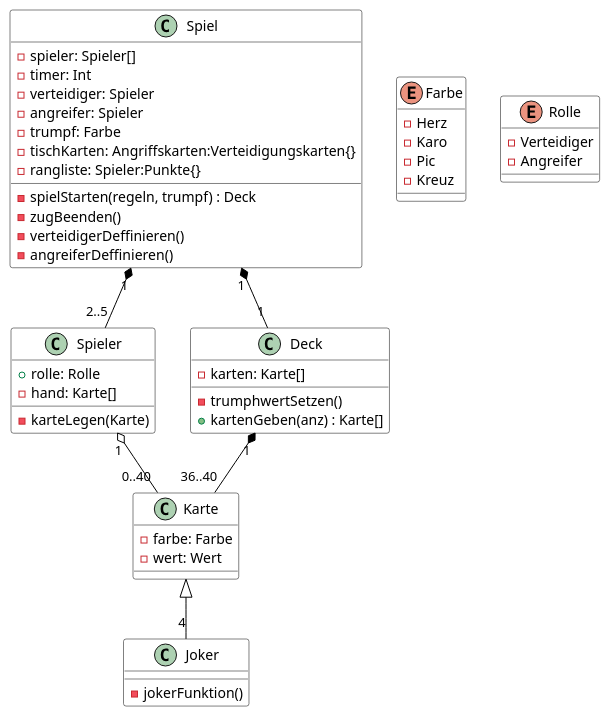
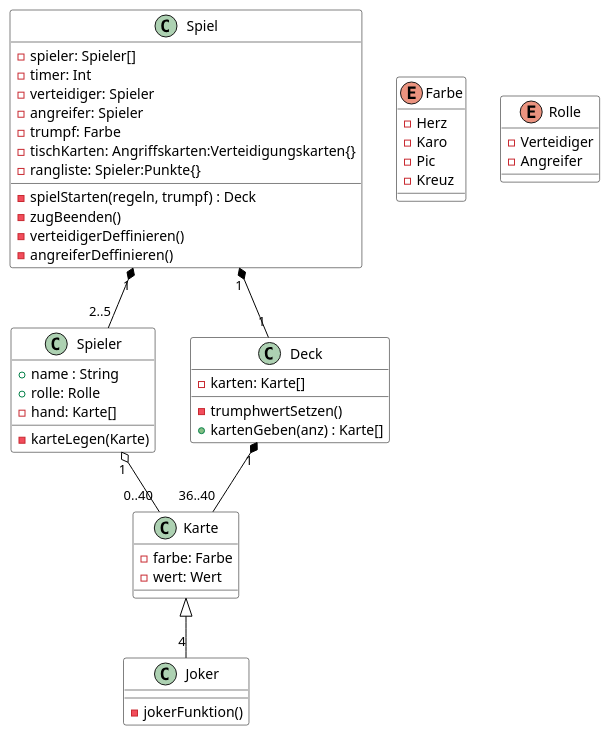
The diagram in Klassendiagramm/Klassendiagramm_Spiel.puml (DerLurchi/Durak), drawn with PlantUML before and after one commit. The commit also changed 1 other file, not shown here.

Commit message:
spieler name hinzugefuegt

```diff
--- a/Klassendiagramm/Klassendiagramm_Spiel.puml
+++ b/Klassendiagramm/Klassendiagramm_Spiel.puml
@@ -1,75 +1,76 @@
-@startuml Durak Lobby
+@startuml Durak Spiel
 
 skinparam{
     ClassBackgroundColor white
     ClassBorderColor black
 
     'ClassAttributeIconSize 0
 
     ArrowColor black
 
     Shadowing false
 
 }
 
 class Spiel {
     -spieler: Spieler[]
     -timer: Int
     -verteidiger: Spieler
     -angreifer: Spieler
     -trumpf: Farbe
     -tischKarten: Angriffskarten:Verteidigungskarten{}
     -rangliste: Spieler:Punkte{}
 
     -spielStarten(regeln, trumpf) : Deck
     -zugBeenden()
     -verteidigerDeffinieren()
     -angreiferDeffinieren()
 }
 
 class Spieler {
+    +name : String
     +rolle: Rolle
     -hand: Karte[]
 
     -karteLegen(Karte)
 }
 
 class Karte {
     -farbe: Farbe
     -wert: Wert
 }
 
 class Joker {
     -jokerFunktion()
 }
 
 class Deck {
     -karten: Karte[]
 
     -trumphwertSetzen()
     +kartenGeben(anz) : Karte[]
 }
 
 enum Farbe {
     - Herz 
     - Karo 
     - Pic 
     - Kreuz
 }
 
 enum Rolle {
     - Verteidiger
     - Angreifer
 }
 
 Spiel "1" *-- "2..5" Spieler
 
 Spiel "1" *-- "1" Deck
 
 Deck "1" *-- "36..40" Karte
 
 Karte <|-- "4" Joker 
 
 Spieler "1" o-- "0..40" Karte 
 
 @enduml
```
